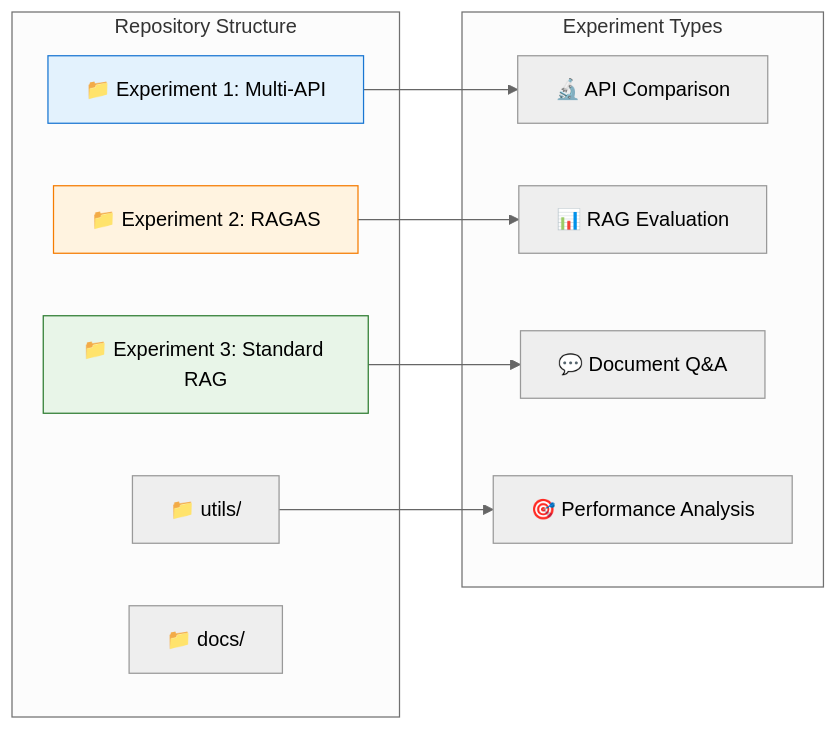
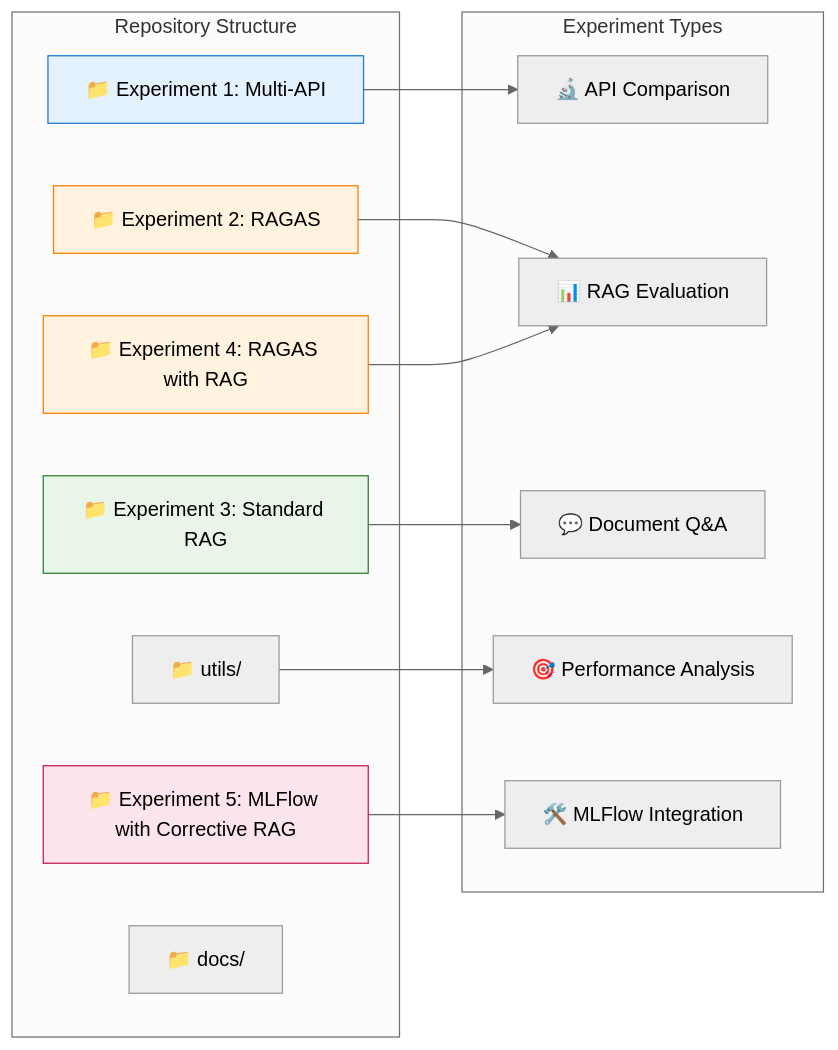
One commit to dhruvsh1997/LiteLLM-Experiments changed the second of 8 diagrams in README.MD. Above: the diagram before and after it, drawn with Mermaid (neutral theme). The commit also changed other lines of this file, not shown here.

````diff
--- a/README.MD
+++ b/README.MD
@@ -110,26 +110,33 @@
 ```mermaid
 graph LR
     subgraph "Repository Structure"
         A[📁 Experiment 1: Multi-API]
         B[📁 Experiment 2: RAGAS]
         C[📁 Experiment 3: Standard RAG]
-        D[📁 utils/]
-        E[📁 docs/]
+        D[📁 Experiment 4: RAGAS with RAG]
+        E[📁 Experiment 5: MLFlow with Corrective RAG]
+        F[📁 utils/]
+        G[📁 docs/]
     end
     
     subgraph "Experiment Types"
-        F[🔬 API Comparison]
-        G[📊 RAG Evaluation]
-        H[💬 Document Q&A]
-        I[🎯 Performance Analysis]
+        H[🔬 API Comparison]
+        I[📊 RAG Evaluation]
+        J[💬 Document Q&A]
+        K[🎯 Performance Analysis]
+        L[🛠️ MLFlow Integration]
     end
     
-    A --> F
-    B --> G
-    C --> H
+    A --> H
+    B --> I
+    C --> J
     D --> I
+    E --> L
+    F --> K
     
     style A fill:#E3F2FD,stroke:#1976D2
     style B fill:#FFF3E0,stroke:#F57C00
     style C fill:#E8F5E8,stroke:#2E7D32
+    style D fill:#FFF3E0,stroke:#F57C00
+    style E fill:#FCE4EC,stroke:#C2185B
 ```
````
